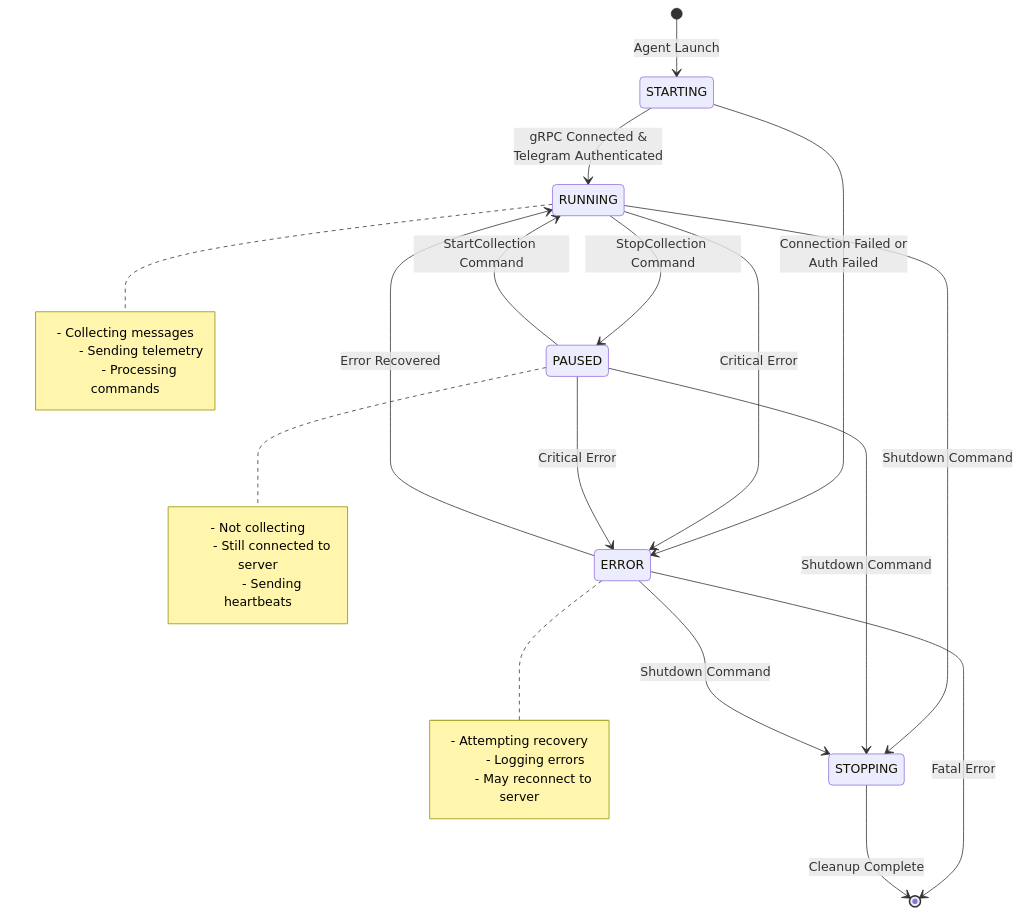
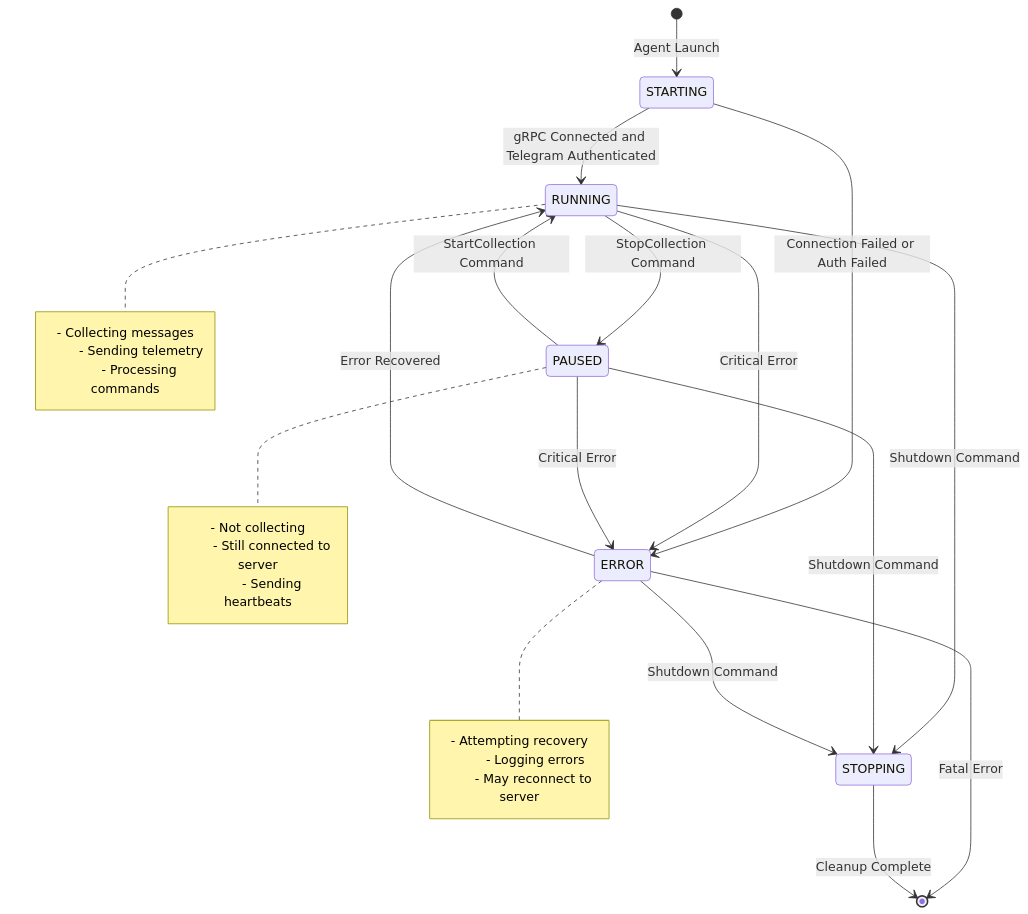
Before and after one commit to muminoff/tg-agent-experiment: the fourth of 8 diagrams in GRPC_DESIGN.md, drawn with Mermaid. The commit also changed other lines of this file, not shown here.

First line of the commit message:
Fix all Mermaid diagram syntax for GitHub compatibility

````diff
--- a/GRPC_DESIGN.md
+++ b/GRPC_DESIGN.md
@@ -743,39 +743,39 @@
 ```mermaid
 stateDiagram-v2
     [*] --> STARTING: Agent Launch
 
-    STARTING --> RUNNING: gRPC Connected &<br/>Telegram Authenticated
-    STARTING --> ERROR: Connection Failed or<br/>Auth Failed
+    STARTING --> RUNNING: gRPC Connected and Telegram Authenticated
+    STARTING --> ERROR: Connection Failed or Auth Failed
 
     RUNNING --> PAUSED: StopCollection Command
     RUNNING --> ERROR: Critical Error
     RUNNING --> STOPPING: Shutdown Command
 
     PAUSED --> RUNNING: StartCollection Command
     PAUSED --> STOPPING: Shutdown Command
     PAUSED --> ERROR: Critical Error
 
     ERROR --> RUNNING: Error Recovered
     ERROR --> STOPPING: Shutdown Command
     ERROR --> [*]: Fatal Error
 
     STOPPING --> [*]: Cleanup Complete
 
     note right of RUNNING
         - Collecting messages
         - Sending telemetry
         - Processing commands
     end note
 
     note right of PAUSED
         - Not collecting
         - Still connected to server
         - Sending heartbeats
     end note
 
     note right of ERROR
         - Attempting recovery
         - Logging errors
         - May reconnect to server
     end note
 ```
````
